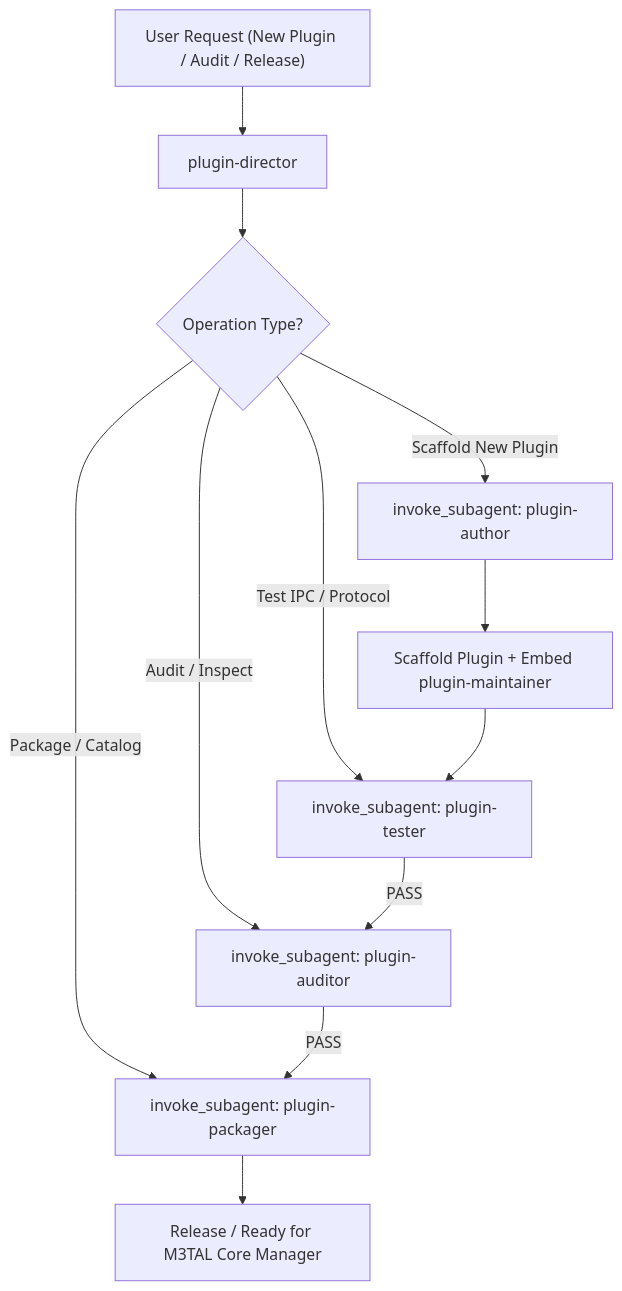
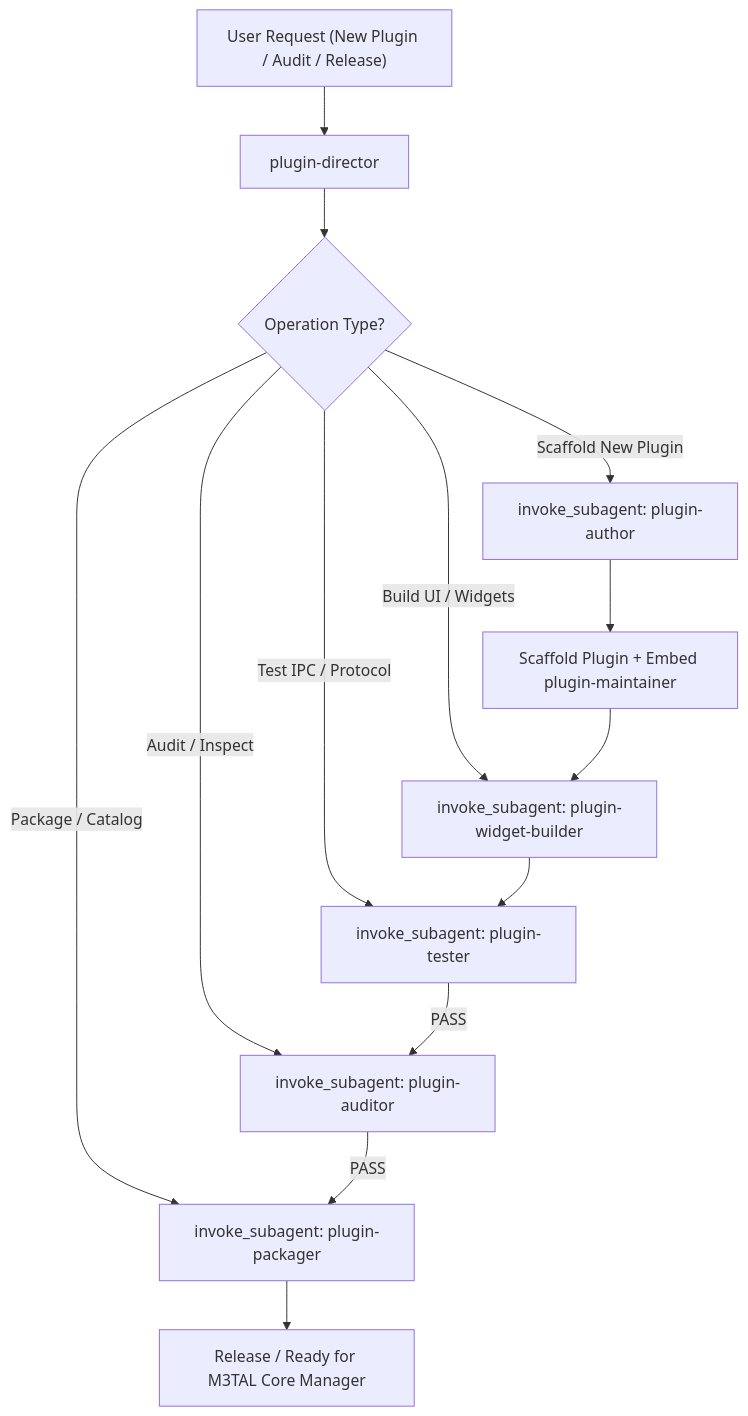
Before and after one commit to jakej985-rgb/m3tal-core: the diagram in .agents/agents/plugin-director/agent.md, drawn with Mermaid. The commit also changed other lines of this file and 26 other files, not shown here.

````diff
--- a/.agents/agents/plugin-director/agent.md
+++ b/.agents/agents/plugin-director/agent.md
@@ -66,16 +68,18 @@
 ```mermaid
 flowchart TD
     Request["User Request (New Plugin / Audit / Release)"] --> Director["plugin-director"]
     Director --> Decision{Operation Type?}
 
     Decision -->|Audit / Inspect| Auditor["invoke_subagent: plugin-auditor"]
     Decision -->|Scaffold New Plugin| Author["invoke_subagent: plugin-author"]
+    Decision -->|Build UI / Widgets| WidgetBuilder["invoke_subagent: plugin-widget-builder"]
     Decision -->|Test IPC / Protocol| Tester["invoke_subagent: plugin-tester"]
     Decision -->|Package / Catalog| Packager["invoke_subagent: plugin-packager"]
 
     Author --> ScaffoldDone["Scaffold Plugin + Embed plugin-maintainer"]
-    ScaffoldDone --> Tester
+    ScaffoldDone --> WidgetBuilder
+    WidgetBuilder --> Tester
     Tester -->|PASS| Auditor
     Auditor -->|PASS| Packager
     Packager --> Done["Release / Ready for M3TAL Core Manager"]
 ```
````
